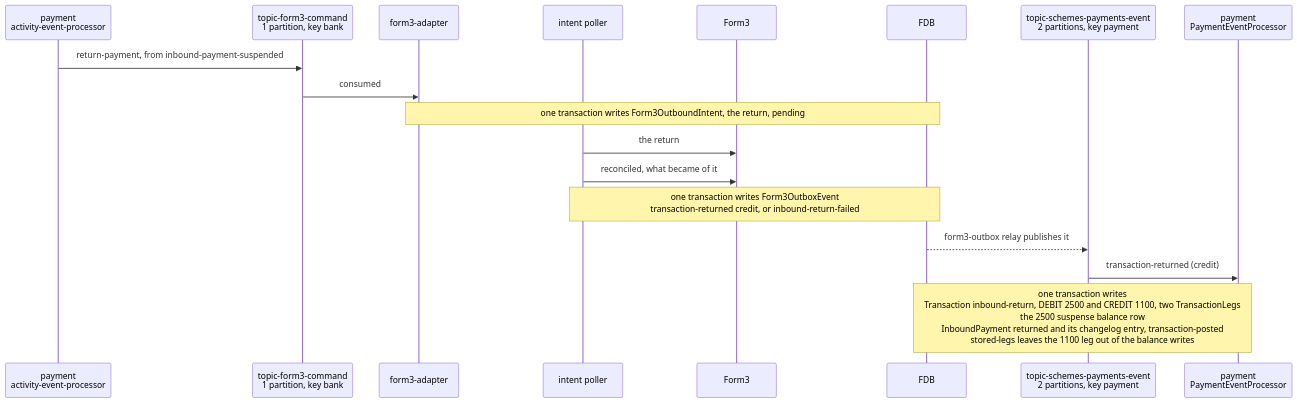
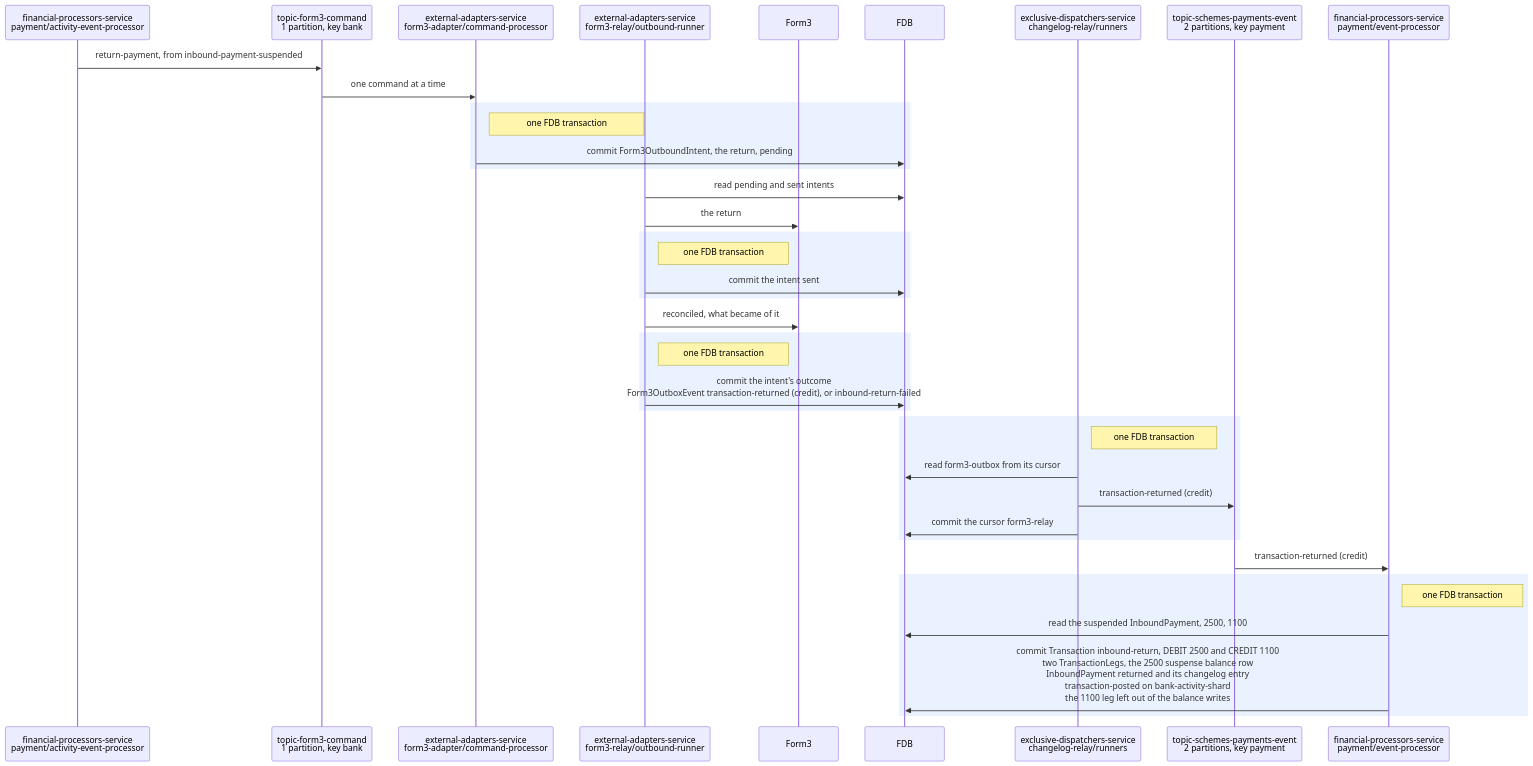
One commit to repldriven/queenswood changed the sixth of 6 diagrams in docs/tdd/payments-inbound.md. Above: the diagram before and after it, drawn with Mermaid. The commit also changed other lines of this file and 1 other file, not shown here.

First line of the commit message:
Draw each FDB transaction as a commit to it, and name every participant as it is in the code

````diff
--- a/docs/tdd/payments-inbound.md
+++ b/docs/tdd/payments-inbound.md
@@ -201,20 +292,41 @@
 ```mermaid
 sequenceDiagram
-    participant AP as payment<br/>activity-event-processor
+    participant AP as financial-processors-service<br/>payment/activity-event-processor
     participant FC as topic-form3-command<br/>1 partition, key bank
-    participant AD as form3-adapter
-    participant IP as intent poller
+    participant AD as external-adapters-service<br/>form3-adapter/command-processor
+    participant IP as external-adapters-service<br/>form3-relay/outbound-runner
     participant PR as Form3
     participant DB as FDB
+    participant OR as exclusive-dispatchers-service<br/>changelog-relay/runners
     participant SE as topic-schemes-payments-event<br/>2 partitions, key payment
-    participant PE as payment<br/>PaymentEventProcessor
+    participant PE as financial-processors-service<br/>payment/event-processor
     AP->>FC: return-payment, from inbound-payment-suspended
-    FC->>AD: consumed
-    Note over AD,DB: one transaction writes Form3OutboundIntent, the return, pending
+    FC->>AD: one command at a time
+    rect rgb(235, 242, 255)
+    Note right of AD: one FDB transaction
+    AD->>DB: commit Form3OutboundIntent, the return, pending
+    end
+    IP->>DB: read pending and sent intents
     IP->>PR: the return
+    rect rgb(235, 242, 255)
+    Note right of IP: one FDB transaction
+    IP->>DB: commit the intent sent
+    end
     IP->>PR: reconciled, what became of it
-    Note over IP,DB: one transaction writes Form3OutboxEvent<br/>transaction-returned credit, or inbound-return-failed
-    DB-->>SE: form3-outbox relay publishes it
+    rect rgb(235, 242, 255)
+    Note right of IP: one FDB transaction
+    IP->>DB: commit the intent's outcome<br/>Form3OutboxEvent transaction-returned (credit), or inbound-return-failed
+    end
+    rect rgb(235, 242, 255)
+    Note right of OR: one FDB transaction
+    OR->>DB: read form3-outbox from its cursor
+    OR->>SE: transaction-returned (credit)
+    OR->>DB: commit the cursor form3-relay
+    end
     SE->>PE: transaction-returned (credit)
-    Note over PE,DB: one transaction writes<br/>Transaction inbound-return, DEBIT 2500 and CREDIT 1100, two TransactionLegs<br/>the 2500 suspense balance row<br/>InboundPayment returned and its changelog entry, transaction-posted<br/>stored-legs leaves the 1100 leg out of the balance writes
+    rect rgb(235, 242, 255)
+    Note right of PE: one FDB transaction
+    PE->>DB: read the suspended InboundPayment, 2500, 1100
+    PE->>DB: commit Transaction inbound-return, DEBIT 2500 and CREDIT 1100<br/>two TransactionLegs, the 2500 suspense balance row<br/>InboundPayment returned and its changelog entry<br/>transaction-posted on bank-activity-shard<br/>the 1100 leg left out of the balance writes
+    end
 ```
````
